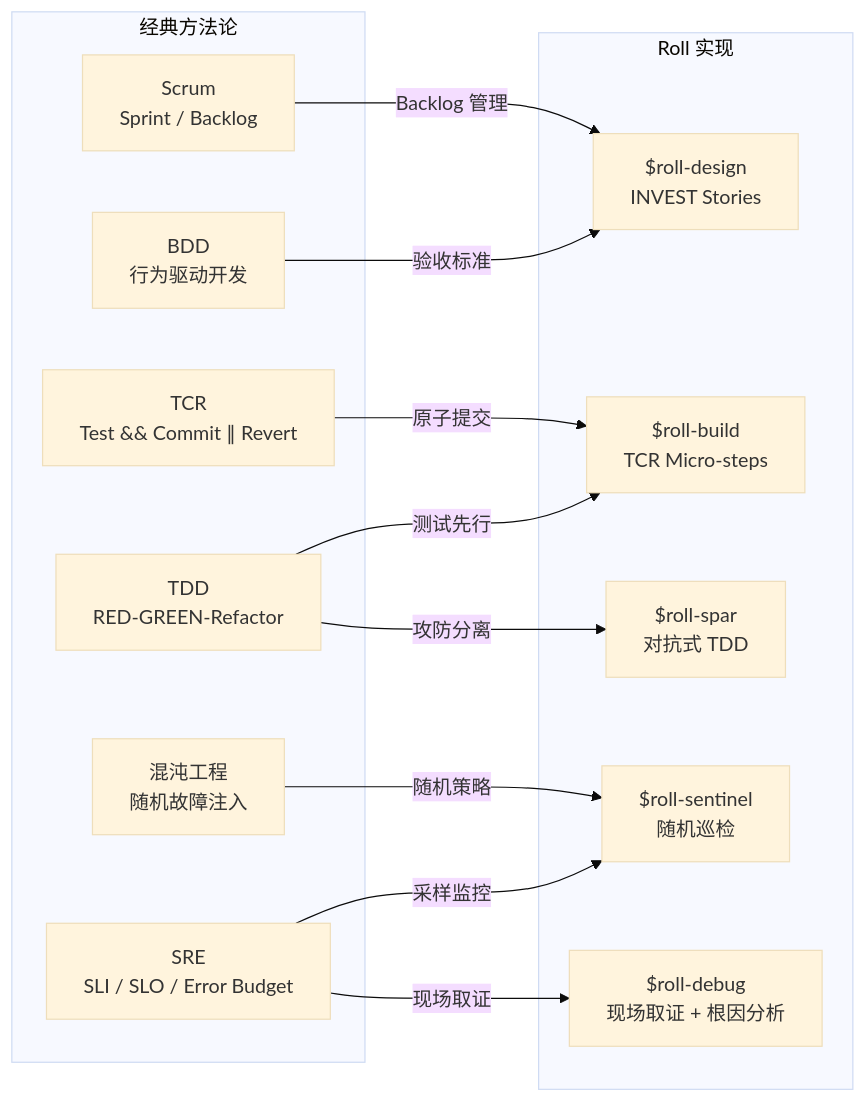
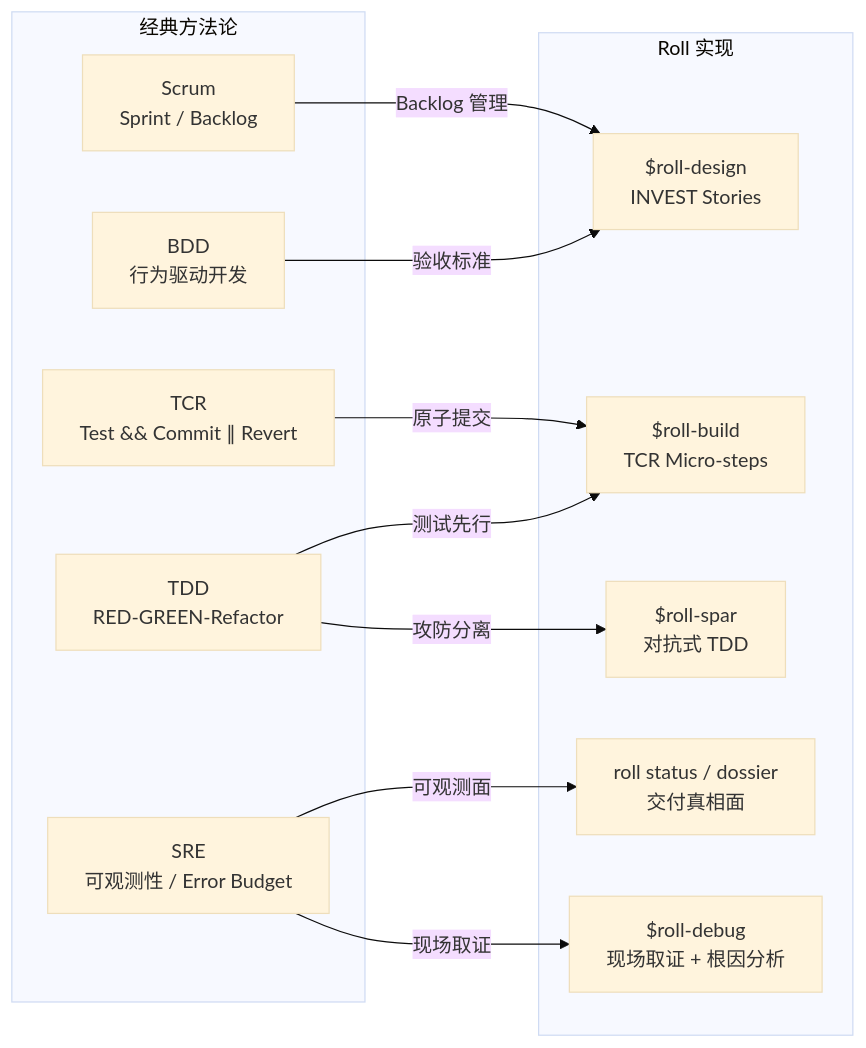
The second of 2 diagrams in guide/zh/methodology.md (seanyao/roll), drawn with Mermaid (base theme) before and after one commit. The commit also changed other lines of this file and 19 other files, not shown here.

````diff
--- a/guide/zh/methodology.md
+++ b/guide/zh/methodology.md
@@ -523,28 +524,26 @@
 ```mermaid
 graph LR
     subgraph "经典方法论"
         BDD["BDD<br/>行为驱动开发"]
         S["Scrum<br/>Sprint / Backlog"]
         T["TDD<br/>RED-GREEN-Refactor"]
         TCR["TCR<br/>Test && Commit ∥ Revert"]
-        SRE["SRE<br/>SLI / SLO / Error Budget"]
-        CE["混沌工程<br/>随机故障注入"]
+        SRE["SRE<br/>可观测性 / Error Budget"]
     end
 
     subgraph "Roll 实现"
         D["$roll-design<br/>INVEST Stories"]
         SB["$roll-build<br/>TCR Micro-steps"]
         SP["$roll-spar<br/>对抗式 TDD"]
-        SE["$roll-sentinel<br/>随机巡检"]
+        ST["roll status / dossier<br/>交付真相面"]
         BB["$roll-debug<br/>现场取证 + 根因分析"]
     end
 
     BDD -->|"验收标准"| D
     S -->|"Backlog 管理"| D
     T -->|"测试先行"| SB
     TCR -->|"原子提交"| SB
     T -->|"攻防分离"| SP
-    SRE -->|"采样监控"| SE
-    CE -->|"随机策略"| SE
+    SRE -->|"可观测面"| ST
     SRE -->|"现场取证"| BB
 ```
````
